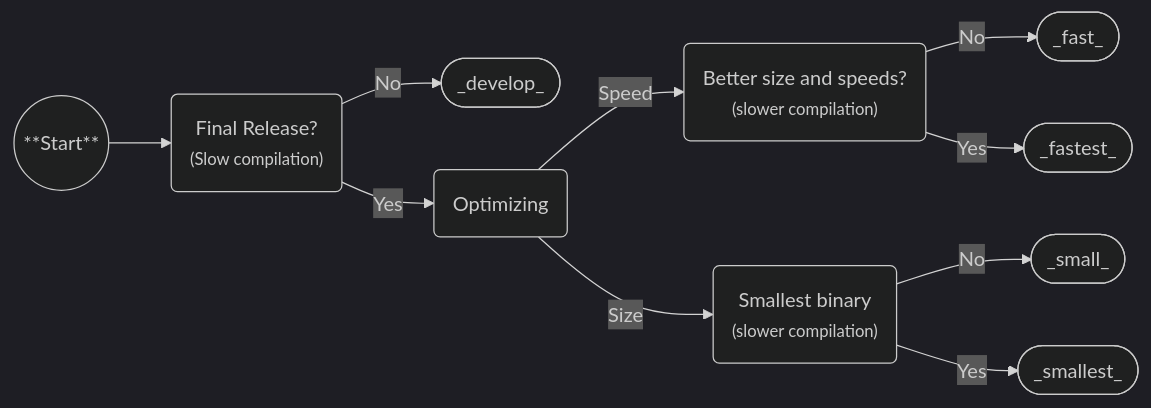
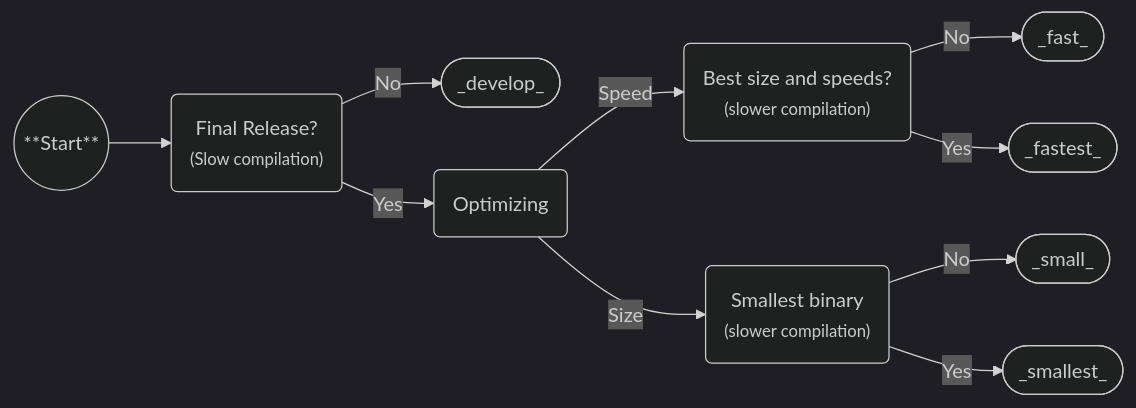
Before and after one commit to BrokenSource/Pyaket: the diagram in website/docs/rust/profiles.md, drawn with Mermaid (dark theme). The commit also changed other lines of this file and 13 other files, not shown here.

````diff
--- a/website/docs/rust/profiles.md
+++ b/website/docs/rust/profiles.md
@@ -11,21 +11,21 @@
 ```mermaid
 graph LR
     Start((**Start**)) --> Release("`
         Final Release?
         <small>(Slow compilation)</small>
     `")
     Release --> |No| UseDevelop([_develop_])
     Release --> |Yes| Flavor(Optimizing)
     Flavor --> |Speed| Speed("`
-        Better size and speeds?
+        Best size and speeds?
         <small>(slower compilation)</small>
     `")
     Flavor --> |Size| Size("`
         Smallest binary
         <small>(slower compilation)</small>
     `")
     Speed --> |No| UseFast([_fast_])
     Speed --> |Yes| UseFastest([_fastest_])
     Size --> |No| UseSmall([_small_])
     Size --> |Yes| UseSmallest([_smallest_])
 ```
````
